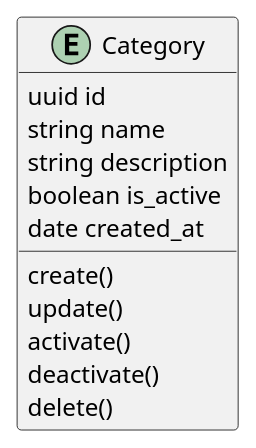
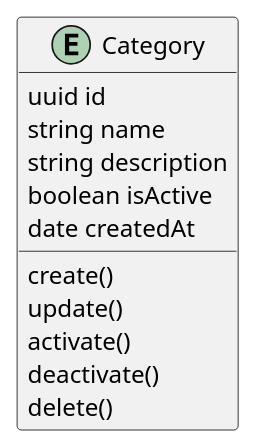
One commit to pedro-chandelier/fullcyle-admin-catalog-backend-microservice changed the diagram in @uml/class-diagram.wsd. Above: the diagram before and after it, drawn with PlantUML. The commit also changed 12 other files, not shown here.

```diff
--- a/@uml/class-diagram.wsd
+++ b/@uml/class-diagram.wsd
@@ -1,17 +1,17 @@
 @startuml name Category Class Diagram
 
 entity Category
 
 Category : uuid id
 Category : string name
 Category : string description
-Category : boolean is_active
-Category : date created_at
+Category : boolean isActive
+Category : date createdAt
 
 Category : create()
 Category : update()
 Category : activate()
 Category : deactivate()
 Category : delete()
 
 @enduml
```
